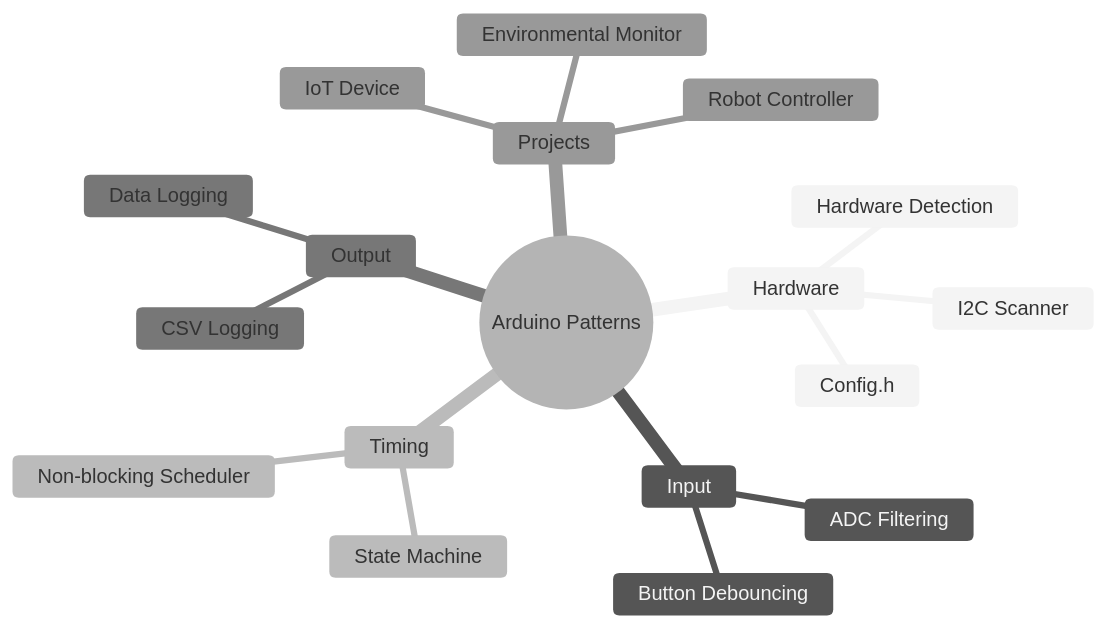
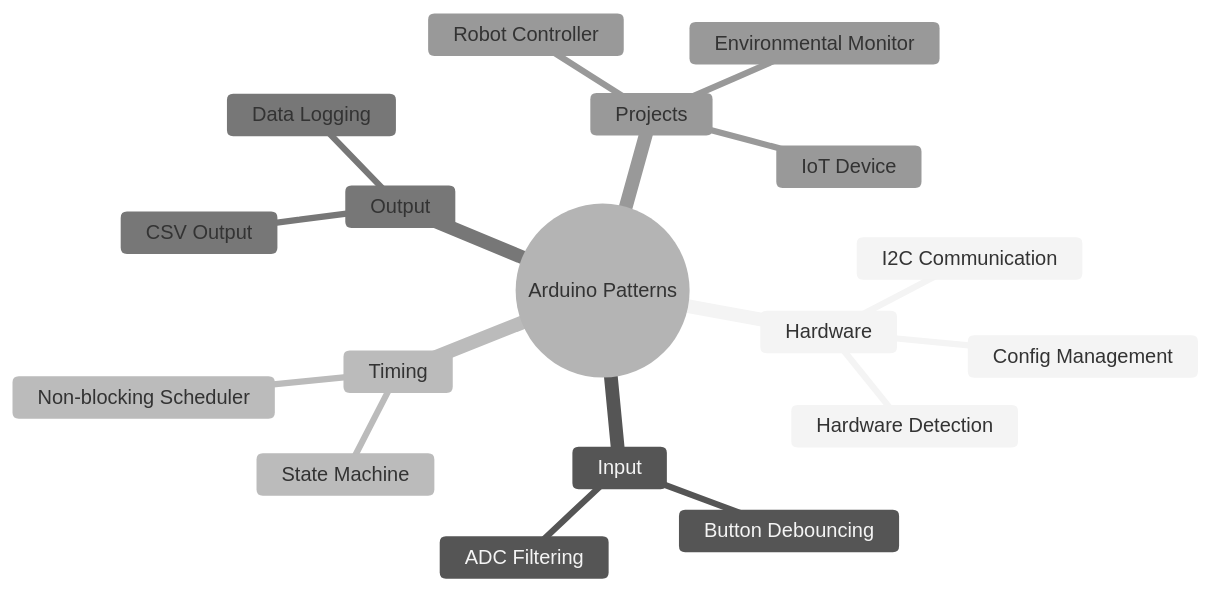
One commit to wedsamuel1230/arduino-skills changed the first of 3 diagrams in README.md. Above: the diagram before and after it, drawn with Mermaid. The commit also changed other lines of this file and 1 other file, not shown here.

````diff
--- a/README.md
+++ b/README.md
@@ -202,29 +200,29 @@
 ```mermaid
 %%{init: {
   "theme": "neutral",
   "themeVariables": {
     "primaryColor": "#df9696ff",
     "primaryTextColor": "#0f8cf3ff",
     "lineColor": "#4A77B5"
   }
 }}%%
 mindmap
   root((Arduino Patterns))
     Hardware
-      Config.h
+      Config Management
       Hardware Detection
-      I2C Scanner
+      I2C Communication
     Input
       Button Debouncing
       ADC Filtering
     Timing
       Non-blocking Scheduler
       State Machine
     Output
-      CSV Logging
+      CSV Output
       Data Logging
     Projects
       Environmental Monitor
       Robot Controller
       IoT Device
 ```
````
